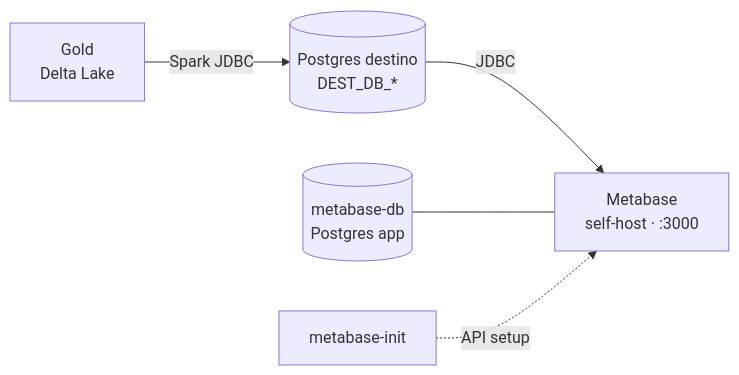
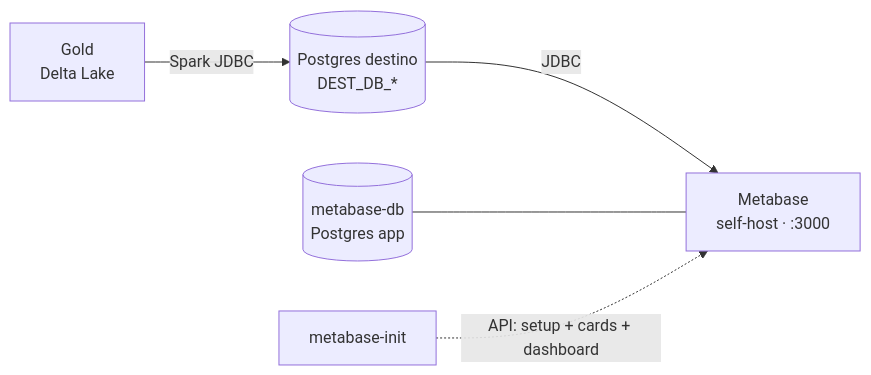
One commit to Luan-zanardo/data-pipeline changed the diagram in docs/superpowers/specs/2026-06-25-metabase-design.md. Above: the diagram before and after it, drawn with Mermaid. The commit also changed other lines of this file, not shown here.

First line of the commit message:
docs(metabase): provisiona data source e dashboard automaticos no spec

````diff
--- a/docs/superpowers/specs/2026-06-25-metabase-design.md
+++ b/docs/superpowers/specs/2026-06-25-metabase-design.md
@@ -17,7 +18,7 @@
 ```mermaid
 flowchart LR
     E[Gold<br/>Delta Lake] -->|Spark JDBC| F[(Postgres destino<br/>DEST_DB_*)]
     F -->|JDBC| G[Metabase<br/>self-host · :3000]
     H[(metabase-db<br/>Postgres app)] --- G
-    I[metabase-init] -.->|API setup| G
+    I[metabase-init] -.->|API: setup + cards + dashboard| G
 ```
````
